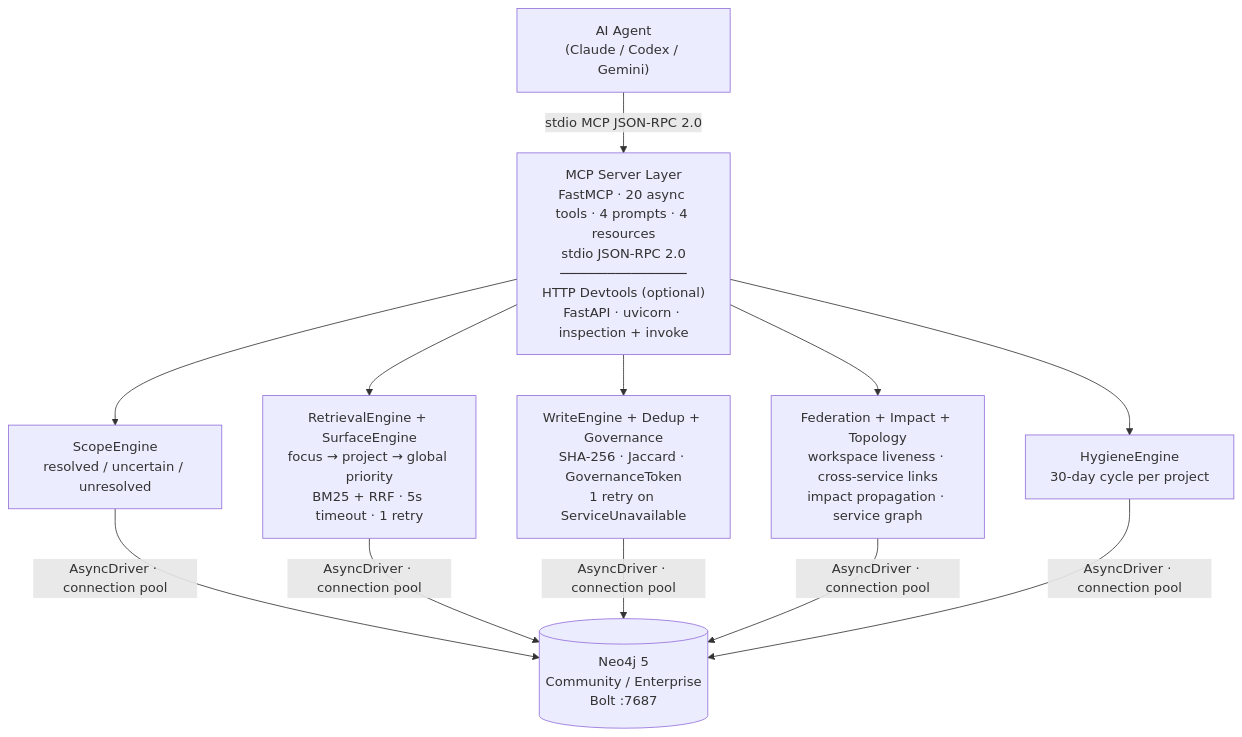
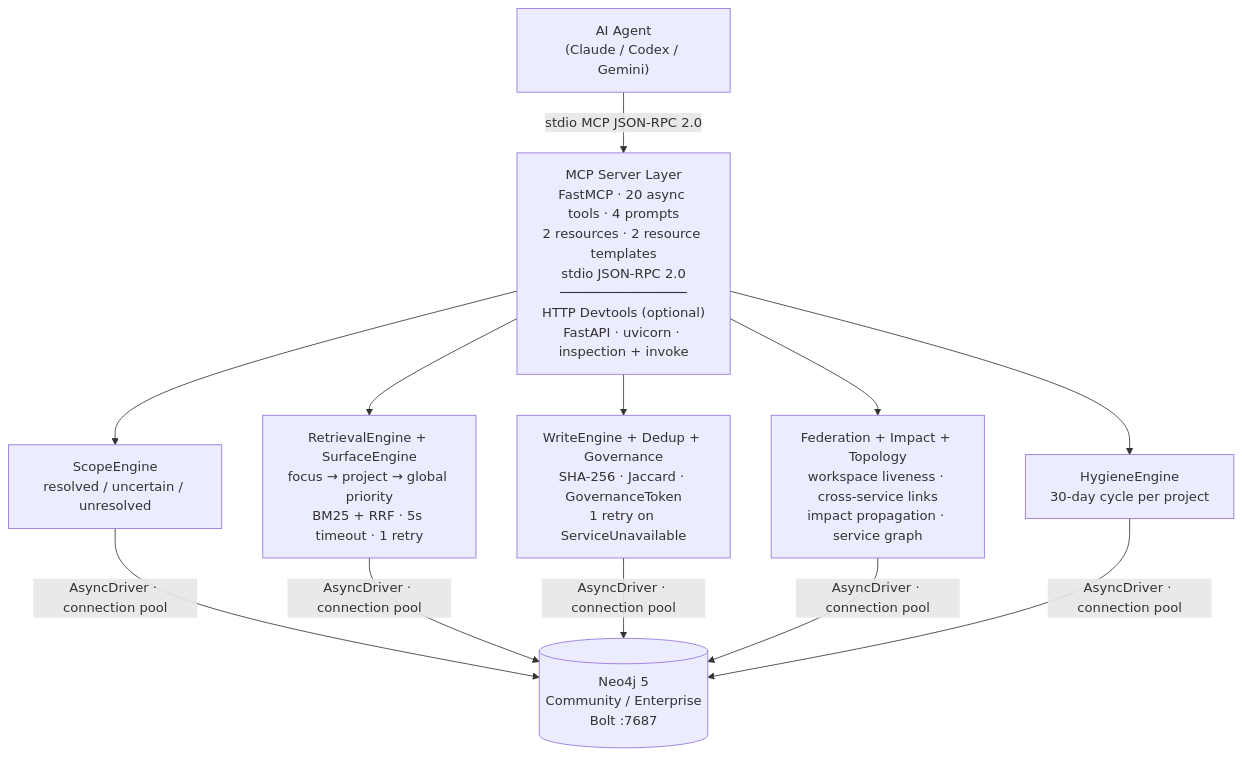
The diagram in docs/architecture/system.md (khoavu882/graphbase-memories-mcp), drawn with Mermaid before and after one commit. The commit also changed other lines of this file and 55 other files, not shown here.

````diff
--- a/docs/architecture/system.md
+++ b/docs/architecture/system.md
@@ -10,19 +10,19 @@
 ```mermaid
 graph TD
     A["AI Agent<br/>(Claude / Codex / Gemini)"]
-    B["MCP Server Layer<br/>FastMCP · 20 async tools · 4 prompts · 4 resources<br/>stdio JSON-RPC 2.0<br/>────────────────<br/>HTTP Devtools (optional)<br/>FastAPI · uvicorn · inspection + invoke"]
+    B["MCP Server Layer<br/>FastMCP · 20 async tools · 4 prompts<br/>2 resources · 2 resource templates<br/>stdio JSON-RPC 2.0<br/>────────────────<br/>HTTP Devtools (optional)<br/>FastAPI · uvicorn · inspection + invoke"]
     C["ScopeEngine<br/>resolved / uncertain / unresolved"]
     D["RetrievalEngine + SurfaceEngine<br/>focus → project → global priority<br/>BM25 + RRF · 5s timeout · 1 retry"]
     E["WriteEngine + Dedup + Governance<br/>SHA-256 · Jaccard · GovernanceToken<br/>1 retry on ServiceUnavailable"]
     F["Federation + Impact + Topology<br/>workspace liveness · cross-service links<br/>impact propagation · service graph"]
     G["HygieneEngine<br/>30-day cycle per project"]
     N[("Neo4j 5<br/>Community / Enterprise<br/>Bolt :7687")]
 
     A -->|"stdio MCP JSON-RPC 2.0"| B
     B --> C
     B --> D
     B --> E
     B --> F
     B --> G
     C & D & E & F & G -->|"AsyncDriver · connection pool"| N
 ```
````
